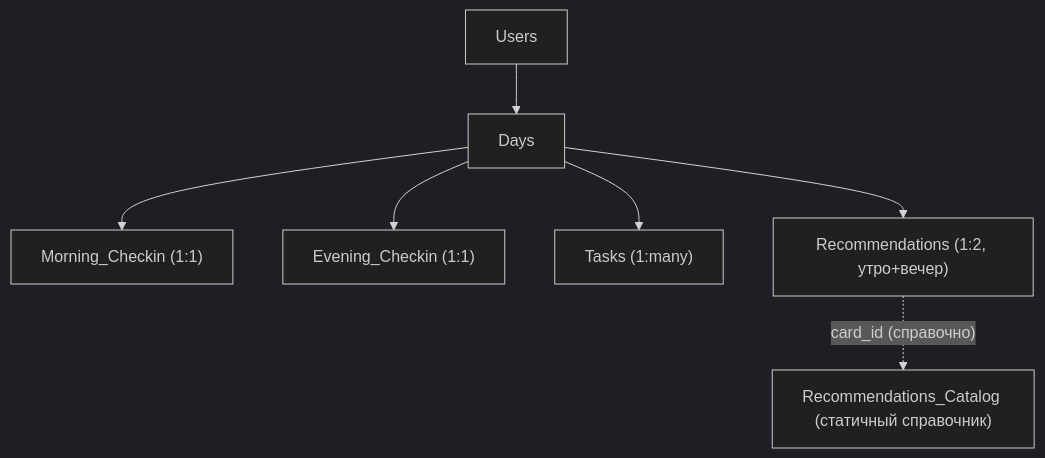
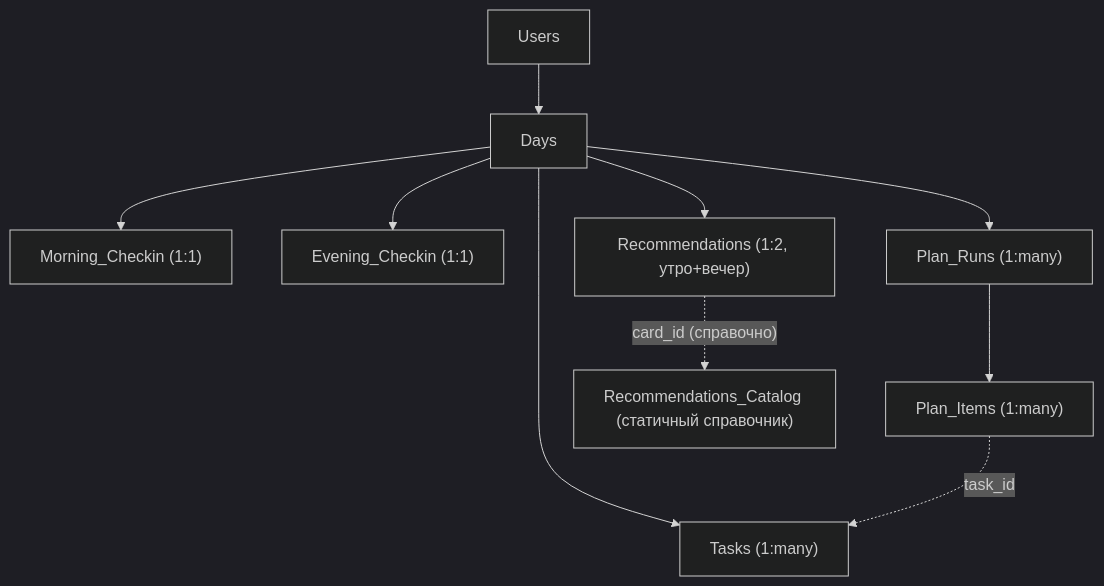
One commit to sveta0202/UPeak changed the diagram in docs/planner-data-model.md. Above: the diagram before and after it, drawn with Mermaid (dark theme). The commit also changed other lines of this file and 5 other files, not shown here.

````diff
--- a/docs/planner-data-model.md
+++ b/docs/planner-data-model.md
@@ -16,9 +16,12 @@
 ```mermaid
 flowchart TD
     Users --> Days
     Days --> MorningCheckin["Morning_Checkin (1:1)"]
     Days --> EveningCheckin["Evening_Checkin (1:1)"]
     Days --> Tasks["Tasks (1:many)"]
     Days --> Recommendations["Recommendations (1:2, утро+вечер)"]
+    Days --> PlanRuns["Plan_Runs (1:many)"]
+    PlanRuns --> PlanItems["Plan_Items (1:many)"]
+    PlanItems -.->|"task_id"| Tasks
     Recommendations -.->|"card_id (справочно)"| Catalog["Recommendations_Catalog (статичный справочник)"]
 ```
````
